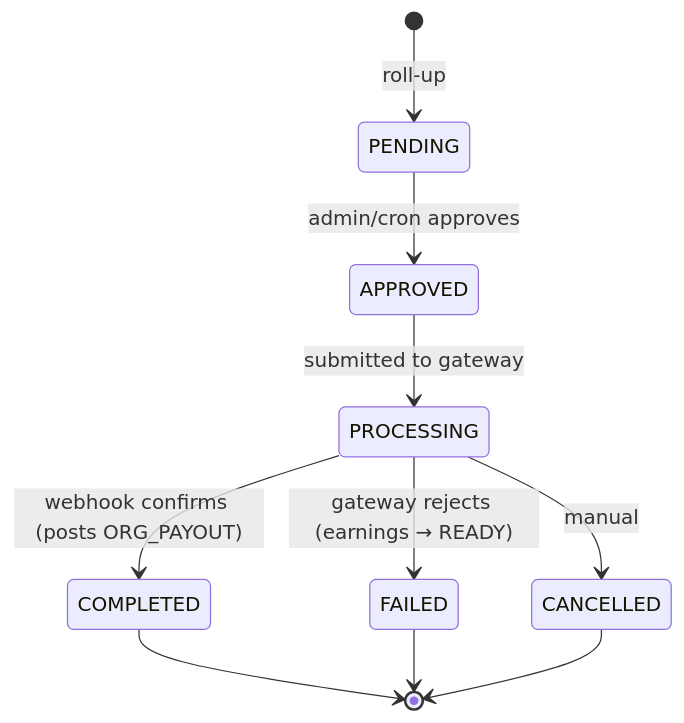
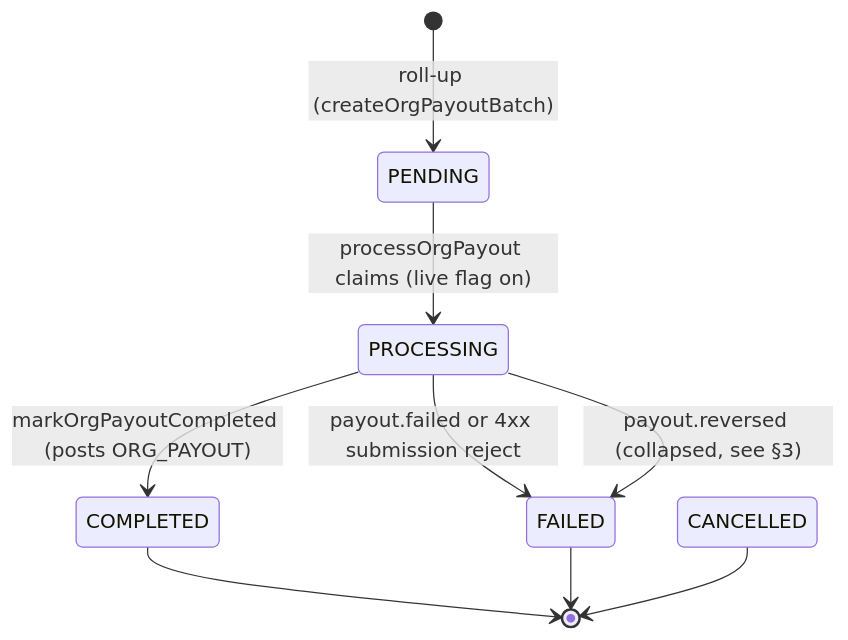
Before and after one commit to Practitionist/familiarise_web: the first of 2 diagrams in docs/enterprise/10-money-and-ledger/07-payout-pipeline.md, drawn with Mermaid. The commit also changed other lines of this file and 12 other files, not shown here.

First line of the commit message:
docs(enterprise): absorb org-side payout docs into the money band

````diff
--- a/docs/enterprise/10-money-and-ledger/07-payout-pipeline.md
+++ b/docs/enterprise/10-money-and-ledger/07-payout-pipeline.md
@@ -68,12 +45,11 @@
 ```mermaid
 stateDiagram-v2
-  [*] --> PENDING: roll-up
-  PENDING --> APPROVED: admin/cron approves
-  APPROVED --> PROCESSING: submitted to gateway
-  PROCESSING --> COMPLETED: webhook confirms (posts ORG_PAYOUT)
-  PROCESSING --> FAILED: gateway rejects (earnings → READY)
-  PROCESSING --> CANCELLED: manual
+  [*] --> PENDING: roll-up (createOrgPayoutBatch)
+  PENDING --> PROCESSING: processOrgPayout claims (live flag on)
+  PROCESSING --> COMPLETED: markOrgPayoutCompleted (posts ORG_PAYOUT)
+  PROCESSING --> FAILED: payout.failed or 4xx submission reject
+  PROCESSING --> FAILED: payout.reversed (collapsed, see §3)
   COMPLETED --> [*]
   FAILED --> [*]
   CANCELLED --> [*]
 ```
````
